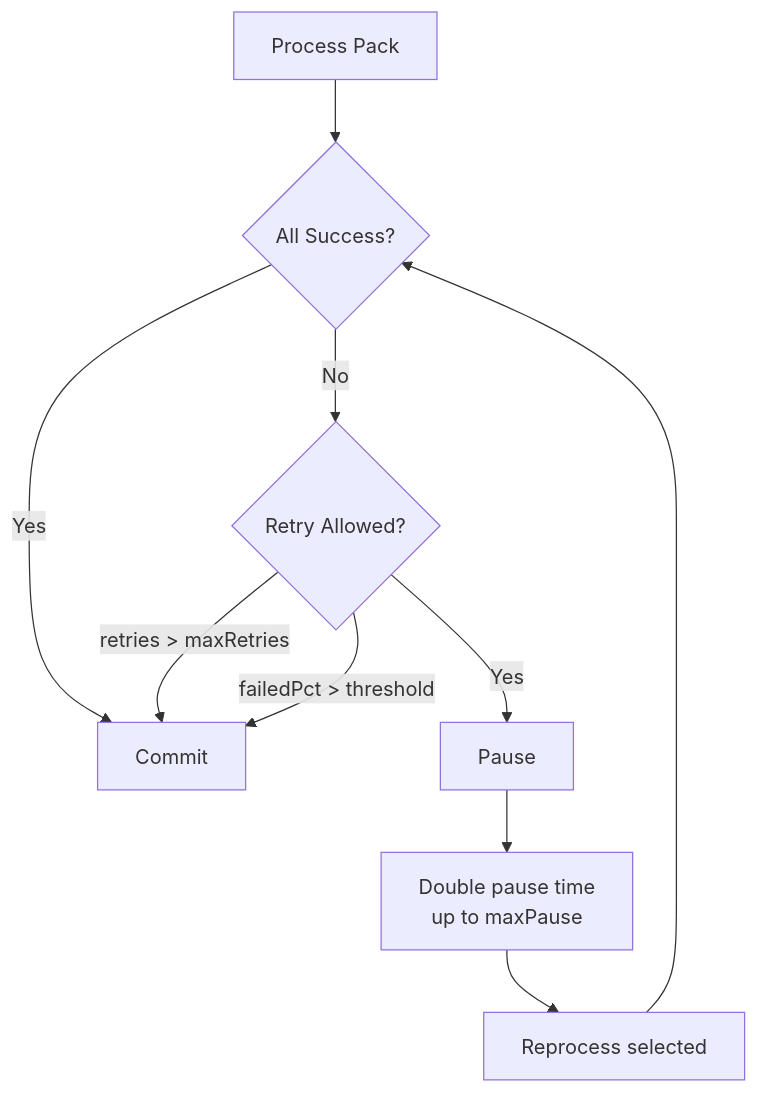
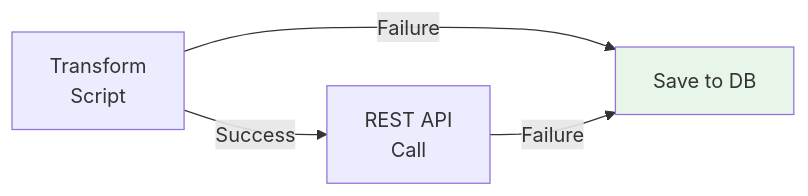
One commit to vx-daniel/tb-docs-project changed the eighth of 10 diagrams in docs/04-rule-engine/README.md. Above: the diagram before and after it, drawn with Mermaid. The commit also changed other lines of this file and 37 other files, not shown here.

````diff
--- a/docs/04-rule-engine/README.md
+++ b/docs/04-rule-engine/README.md
@@ -578,14 +278,8 @@
 ```mermaid
-graph TB
-    START[Process Pack] --> CHECK{All Success?}
-    CHECK -->|Yes| COMMIT[Commit]
-    CHECK -->|No| RETRY_CHECK{Retry Allowed?}
+graph LR
+    TRANSFORM[Transform<br/>Script] -->|Success| REST[REST API<br/>Call]
+    TRANSFORM -->|Failure| SAVE[Save to DB]
+    REST -->|Failure| SAVE
 
-    RETRY_CHECK -->|retries > maxRetries| COMMIT
-    RETRY_CHECK -->|failedPct > threshold| COMMIT
-
-    RETRY_CHECK -->|Yes| PAUSE[Pause]
-    PAUSE --> DOUBLE[Double pause time<br/>up to maxPause]
-    DOUBLE --> REPROCESS[Reprocess selected]
-    REPROCESS --> CHECK
+    style SAVE fill:#e8f5e9
 ```
````
